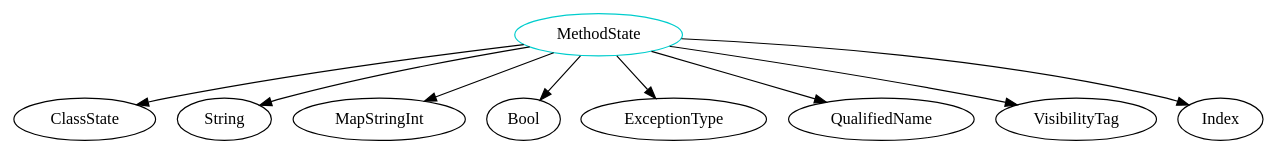
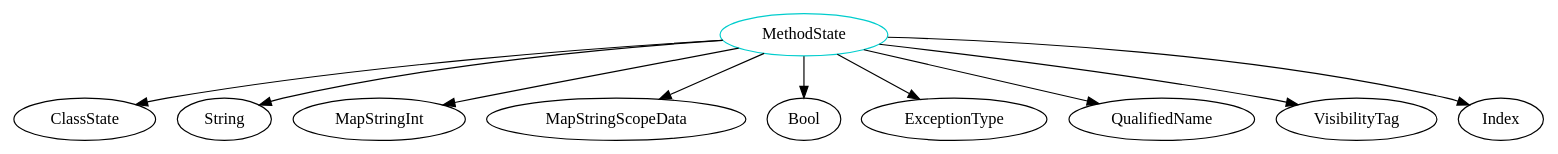
The diagram in analysis/TypeDependencyGraphs/gool/MethodState.dot (JacquesCarette/Drasil), drawn with Graphviz before and after one commit. The commit also changed 615 other files, not shown here.

```diff
--- a/analysis/TypeDependencyGraphs/gool/MethodState.dot
+++ b/analysis/TypeDependencyGraphs/gool/MethodState.dot
@@ -1,11 +1,12 @@
 digraph methodstate{
 MethodState	[shape=oval, color=cyan3, label="MethodState"];
 MethodState -> ClassState;
 MethodState -> String;
 MethodState -> MapStringInt;
+MethodState -> MapStringScopeData;
 MethodState -> Bool;
 MethodState -> ExceptionType;
 MethodState -> QualifiedName;
 MethodState -> VisibilityTag;
 MethodState -> Index;
 }
```
